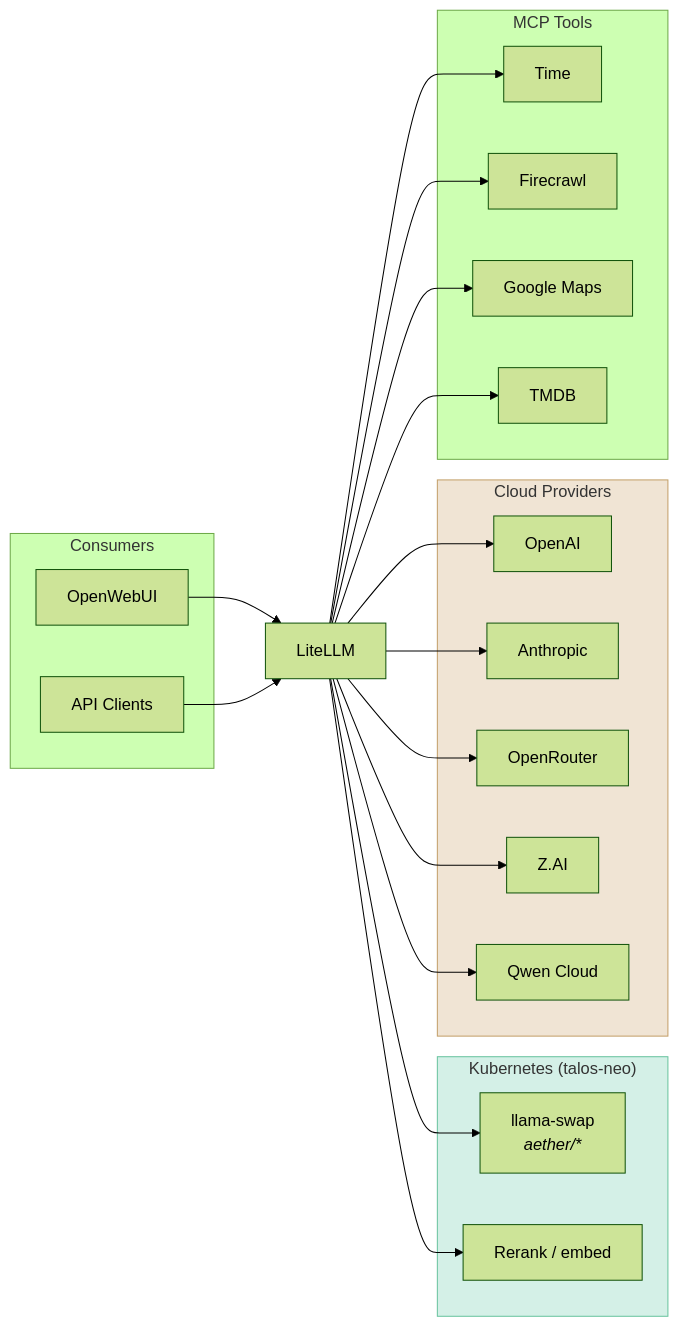
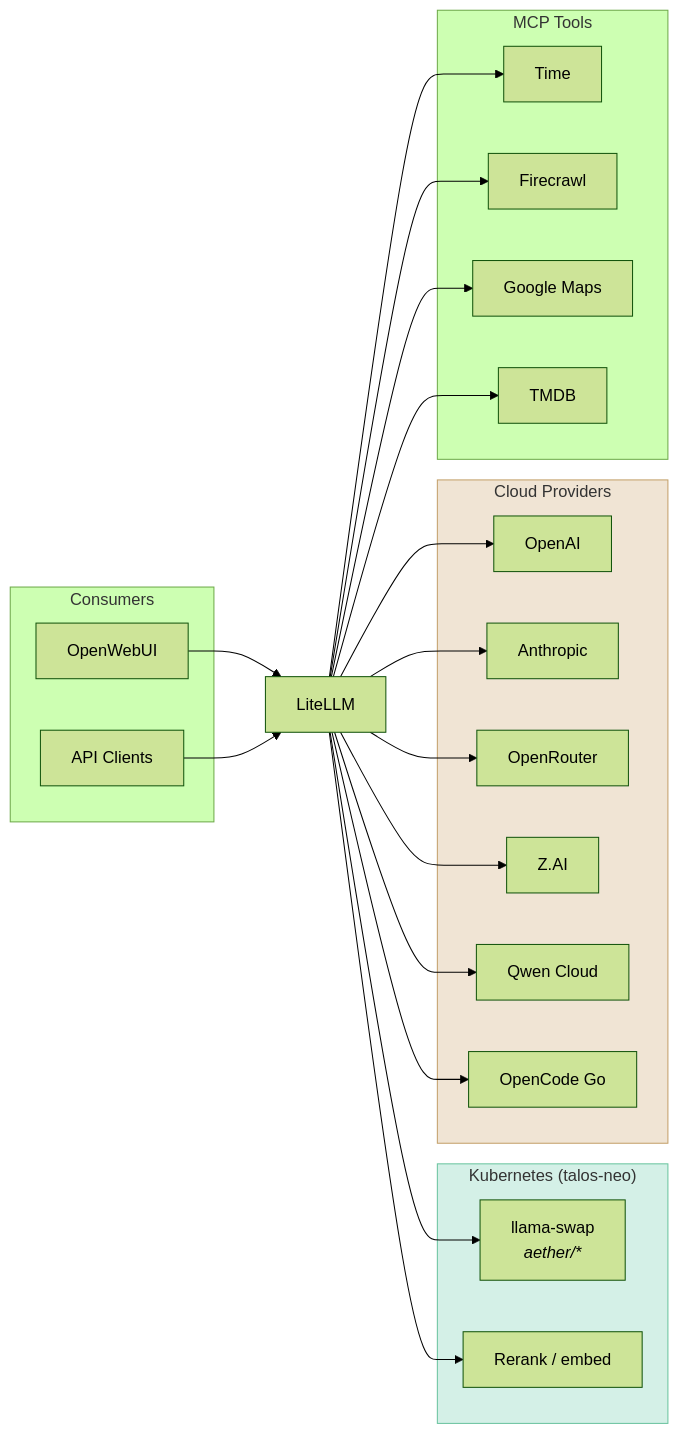
One commit to shedrachokonofua/aether changed the diagram in docs/ai-ml.md. Above: the diagram before and after it, drawn with Mermaid (forest theme). The commit also changed other lines of this file and 6 other files, not shown here.

First line of the commit message:
litellm: OpenCode Go provider, GLM 5.3 Flash / Hy4 pools, Jellyfin MCP

````diff
--- a/docs/ai-ml.md
+++ b/docs/ai-ml.md
@@ -65,37 +85,38 @@
 ```mermaid
 flowchart LR
     subgraph Consumers
         OWUI[OpenWebUI]
         API[API Clients]
     end
 
     LLM[LiteLLM]
 
     subgraph K8s["Kubernetes (talos-neo)"]
         LS[llama-swap<br/><i>aether/*</i>]
         RR[Rerank / embed]
     end
 
     subgraph Cloud["Cloud Providers"]
         OAI[OpenAI]
         ANT[Anthropic]
         OR[OpenRouter]
         ZAI[Z.AI]
         QWEN[Qwen Cloud]
+        OCGO[OpenCode Go]
     end
 
     subgraph MCP["MCP Tools"]
         TIME[Time]
         FC[Firecrawl]
         GMAPS[Google Maps]
         TMDB[TMDB]
     end
 
     OWUI & API --> LLM
     LLM --> LS & RR
-    LLM --> OAI & ANT & OR & ZAI & QWEN
+    LLM --> OAI & ANT & OR & ZAI & QWEN & OCGO
     LLM --> TIME & FC & GMAPS & TMDB
 
     style K8s fill:#d4f0e7,stroke:#6ac4a0
     style Cloud fill:#f0e4d4,stroke:#c4a06a
 ```
````
